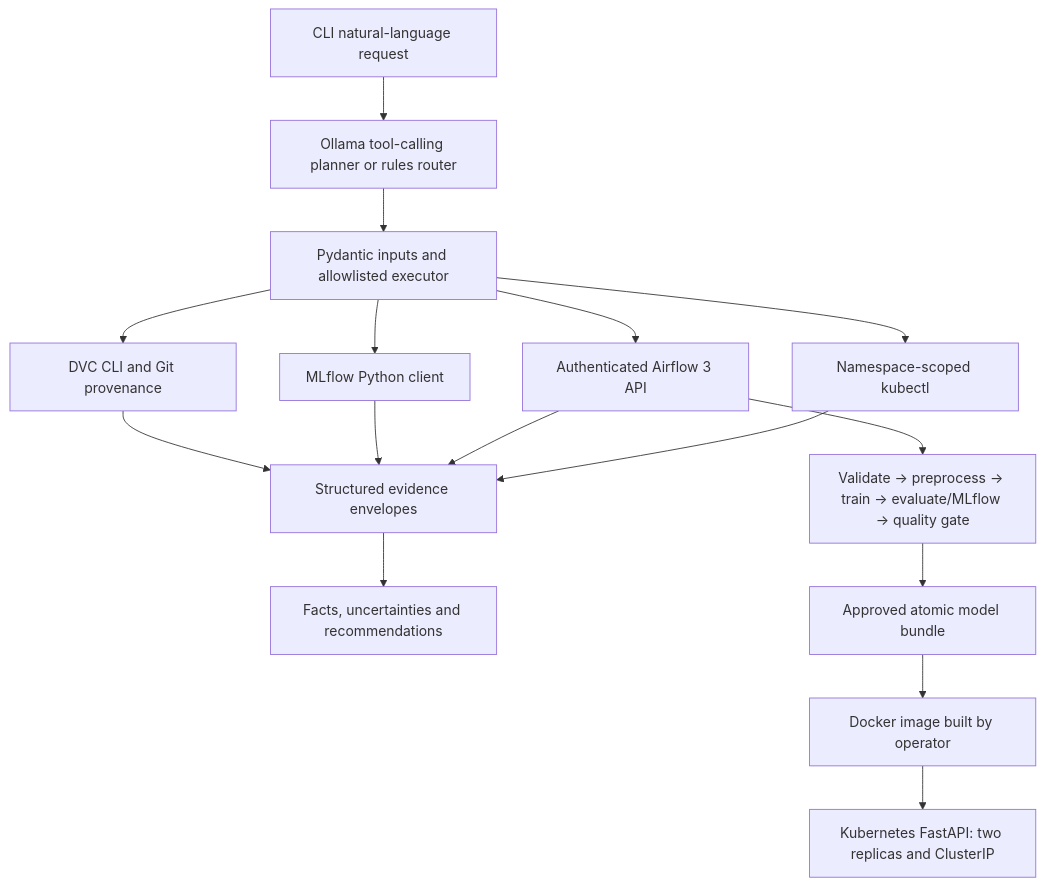
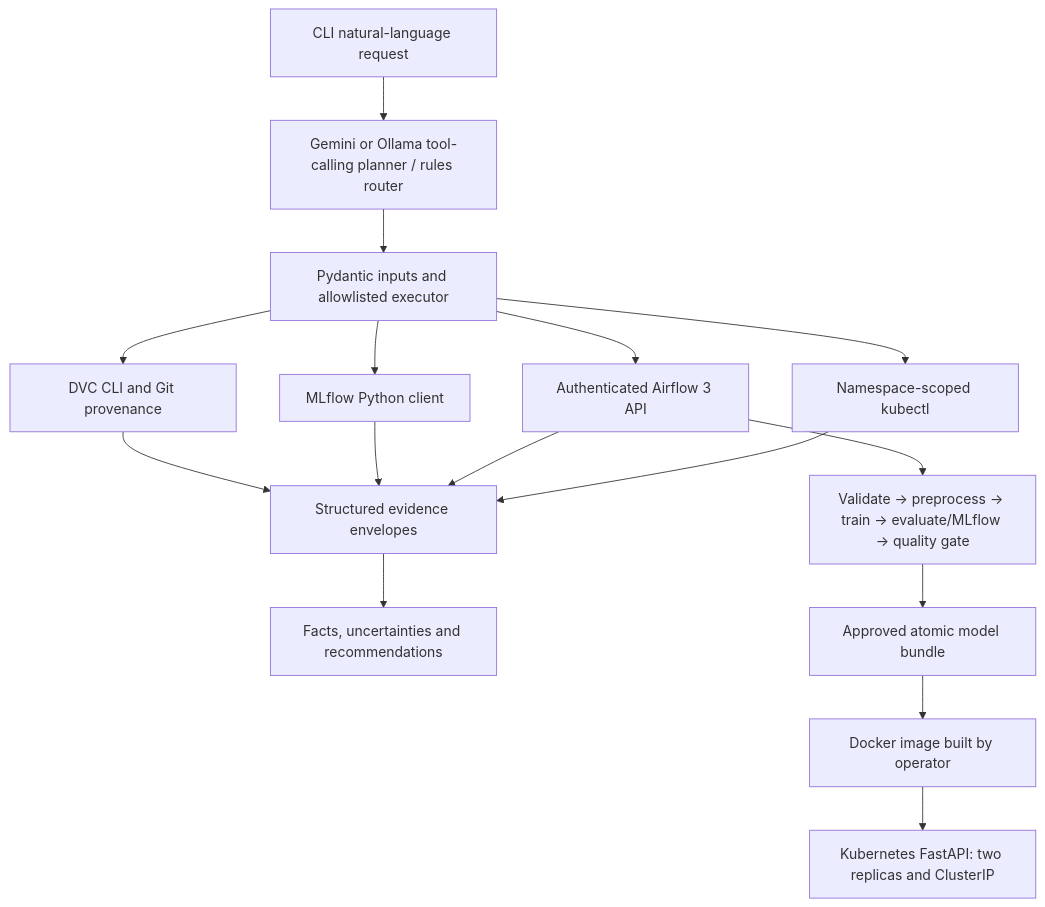
The diagram in architecture.md (MasabTahir732/assignment-03-mlops-agent), drawn with Mermaid before and after one commit. The commit also changed other lines of this file and 6 other files, not shown here.

````diff
--- a/architecture.md
+++ b/architecture.md
@@ -5,18 +5,18 @@
 ```mermaid
 flowchart TD
-    U[CLI natural-language request] --> P[Ollama tool-calling planner or rules router]
+    U[CLI natural-language request] --> P[Gemini or Ollama tool-calling planner / rules router]
     P --> V[Pydantic inputs and allowlisted executor]
     V --> D[DVC CLI and Git provenance]
     V --> M[MLflow Python client]
     V --> A[Authenticated Airflow 3 API]
     V --> K[Namespace-scoped kubectl]
     D --> E[Structured evidence envelopes]
     M --> E
     A --> E
     K --> E
     E --> R[Facts, uncertainties and recommendations]
     A --> T[Validate → preprocess → train → evaluate/MLflow → quality gate]
     T --> B[Approved atomic model bundle]
     B --> I[Docker image built by operator]
     I --> F[Kubernetes FastAPI: two replicas and ClusterIP]
 ```
````
